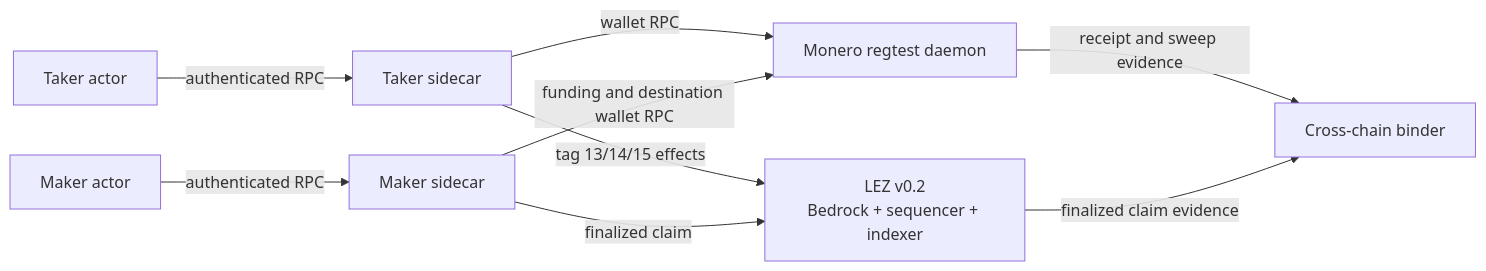
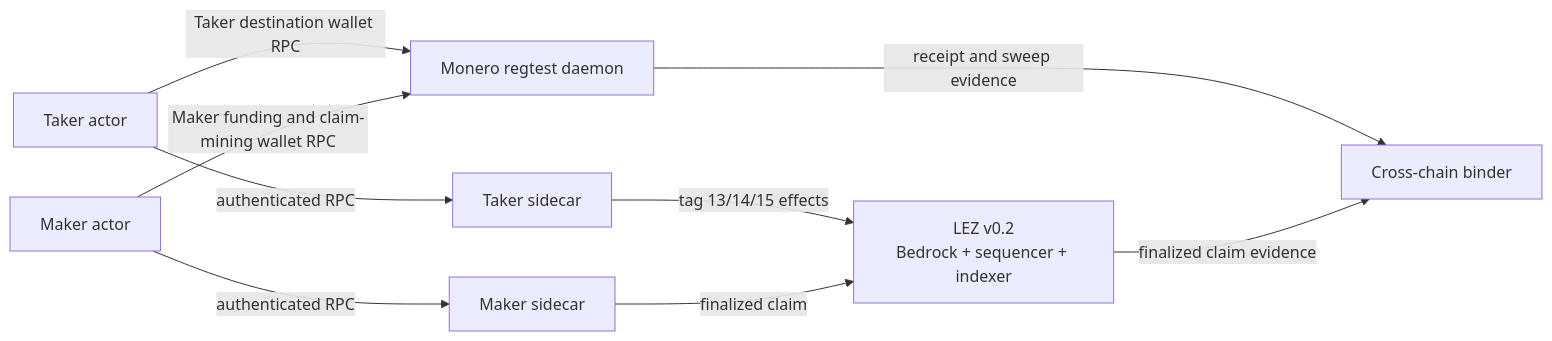
Diagram 20 of 20 in docs/architecture/deployment-components-and-rpcs.md (gateway-fm/lez-atomic-swaps), drawn with Mermaid before and after one commit. The commit also changed other lines of this file and 17 other files, not shown here.

````diff
--- a/docs/architecture/deployment-components-and-rpcs.md
+++ b/docs/architecture/deployment-components-and-rpcs.md
@@ -1676,11 +1675,11 @@
 ```mermaid
 graph LR
   T[Taker actor] -->|authenticated RPC| TS[Taker sidecar]
   M[Maker actor] -->|authenticated RPC| MS[Maker sidecar]
   TS -->|tag 13/14/15 effects| L[LEZ v0.2\nBedrock + sequencer + indexer]
   MS -->|finalized claim| L
-  TS -->|wallet RPC| X[Monero regtest daemon]
-  MS -->|funding and destination wallet RPC| X
+  T -->|Taker destination wallet RPC| X[Monero regtest daemon]
+  M -->|Maker funding and claim-mining wallet RPC| X
   X -->|receipt and sweep evidence| B[Cross-chain binder]
   L -->|finalized claim evidence| B
 ```
````
